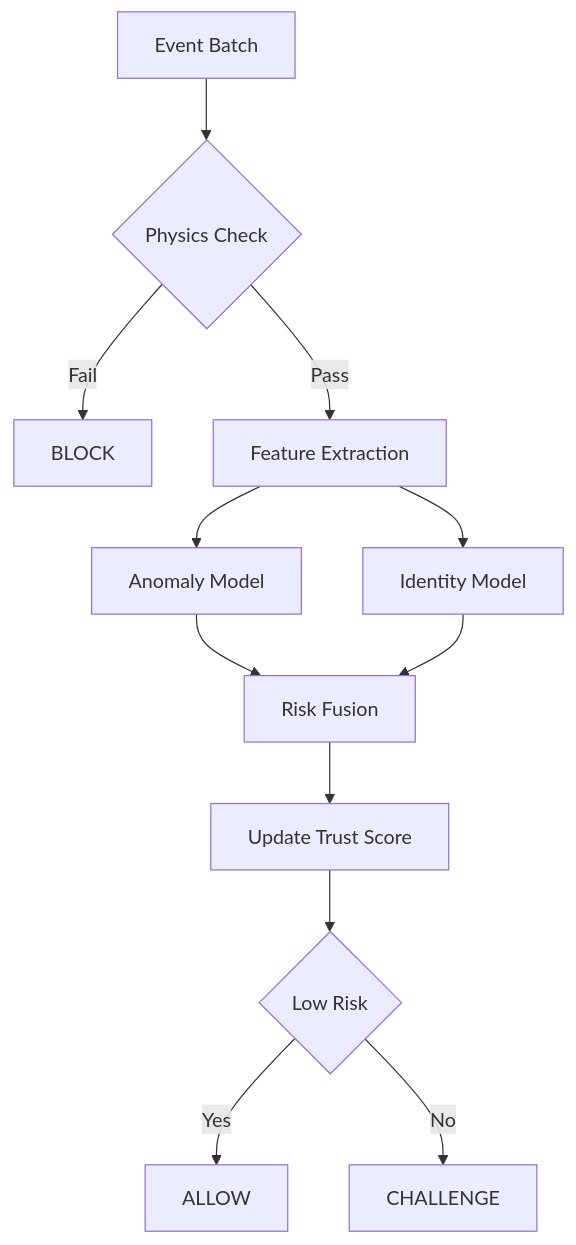
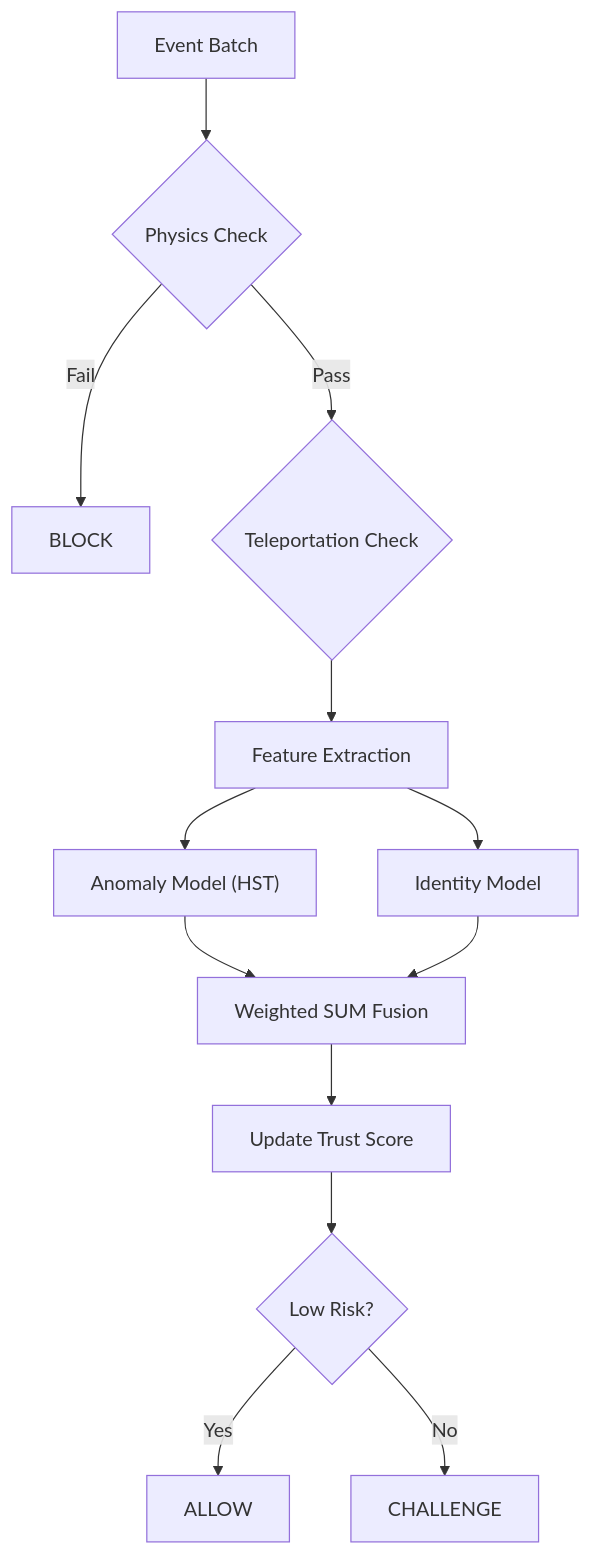
The first of 3 diagrams in docs/decision-engine.md (OFF-rtk/sentinel-core), drawn with Mermaid before and after one commit. The commit also changed other lines of this file and 8 other files, not shown here.

````diff
--- a/docs/decision-engine.md
+++ b/docs/decision-engine.md
@@ -69,19 +71,21 @@
 ```mermaid
 graph TD
     Start["Event Batch"] --> Physics{"Physics Check"}
 
     Physics -- Fail --> Block["BLOCK"]
-    Physics -- Pass --> Features["Feature Extraction"]
+    Physics -- Pass --> Teleport{"Teleportation Check"}
 
-    Features --> Anomaly["Anomaly Model"]
+    Teleport --> Features["Feature Extraction"]
+
+    Features --> Anomaly["Anomaly Model (HST)"]
     Features --> Identity["Identity Model"]
 
-    Anomaly --> Fusion["Risk Fusion"]
+    Anomaly --> Fusion["Weighted SUM Fusion"]
     Identity --> Fusion
 
     Fusion --> TrustUpdate["Update Trust Score"]
-    TrustUpdate --> Threshold{"Low Risk"}
+    TrustUpdate --> Threshold{"Low Risk?"}
 
     Threshold -- Yes --> Allow["ALLOW"]
     Threshold -- No --> Challenge["CHALLENGE"]
 ```
````
